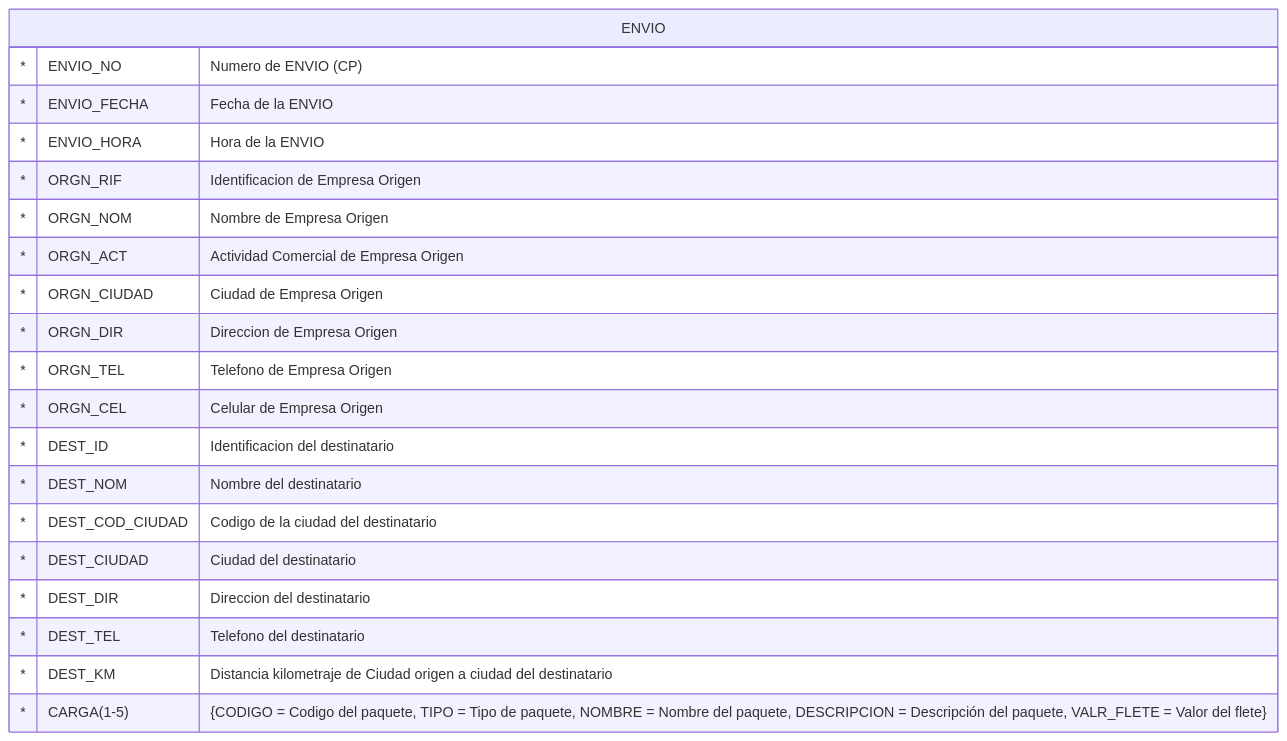
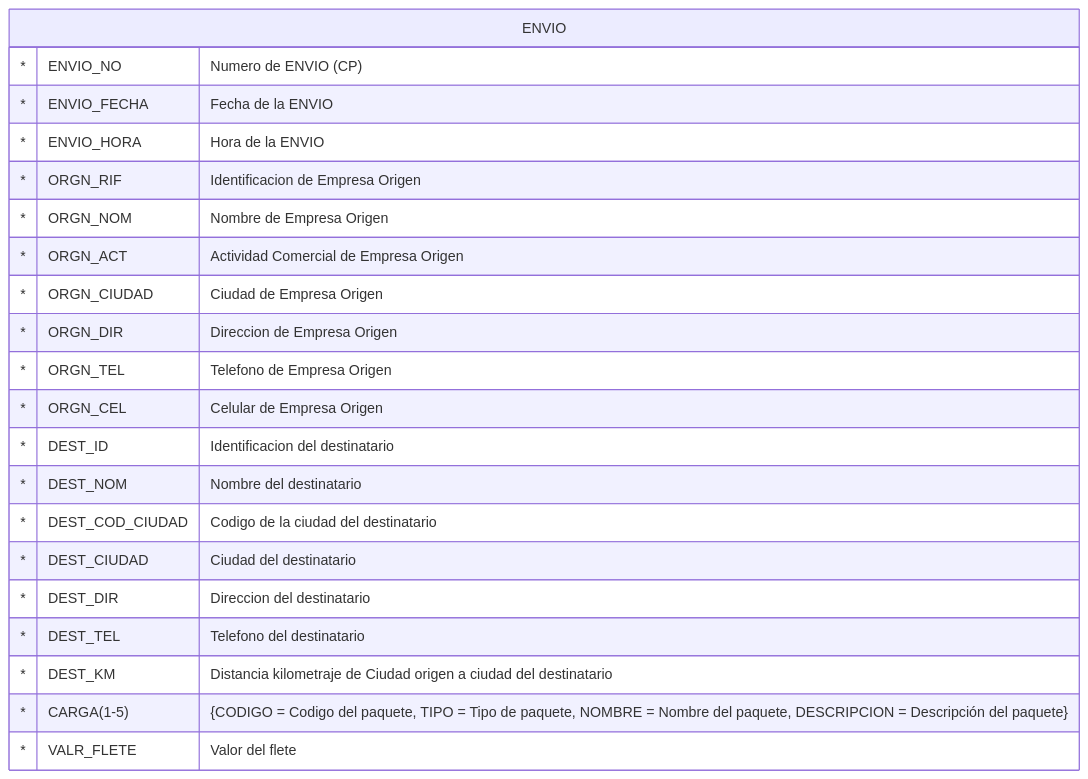
One commit to ppandomail/data changed the first of 4 diagrams in materias/base-datos/tps/TP-normalizacion.md. Above: the diagram before and after it, drawn with Mermaid. The commit also changed other lines of this file and 12 other files, not shown here.

````diff
--- a/materias/base-datos/tps/TP-normalizacion.md
+++ b/materias/base-datos/tps/TP-normalizacion.md
@@ -3,23 +3,24 @@
 ```mermaid
 erDiagram
     ENVIO {
         * ENVIO_NO "Numero de ENVIO (CP)"
         * ENVIO_FECHA "Fecha de la ENVIO"
         * ENVIO_HORA "Hora de la ENVIO"
         * ORGN_RIF  "Identificacion de Empresa Origen"
         * ORGN_NOM "Nombre de Empresa Origen"
         * ORGN_ACT "Actividad Comercial de Empresa Origen"
         * ORGN_CIUDAD "Ciudad de Empresa Origen"
         * ORGN_DIR "Direccion de Empresa Origen"
         * ORGN_TEL "Telefono de Empresa Origen"
         * ORGN_CEL "Celular de Empresa Origen"
         * DEST_ID "Identificacion del destinatario"
         * DEST_NOM "Nombre del destinatario"
         * DEST_COD_CIUDAD "Codigo de la ciudad del destinatario"
         * DEST_CIUDAD "Ciudad del destinatario"
         * DEST_DIR "Direccion del destinatario"
         * DEST_TEL "Telefono del destinatario"
         * DEST_KM "Distancia kilometraje de Ciudad origen a ciudad del destinatario"
-        * CARGA(1-5) "{CODIGO = Codigo del paquete, TIPO = Tipo de paquete, NOMBRE = Nombre del paquete, DESCRIPCION = Descripción del paquete, VALR_FLETE = Valor del flete}"
+        * CARGA(1-5) "{CODIGO = Codigo del paquete, TIPO = Tipo de paquete, NOMBRE = Nombre del paquete, DESCRIPCION = Descripción del paquete}"
+        * VALR_FLETE "Valor del flete"
     }
 ```
````
